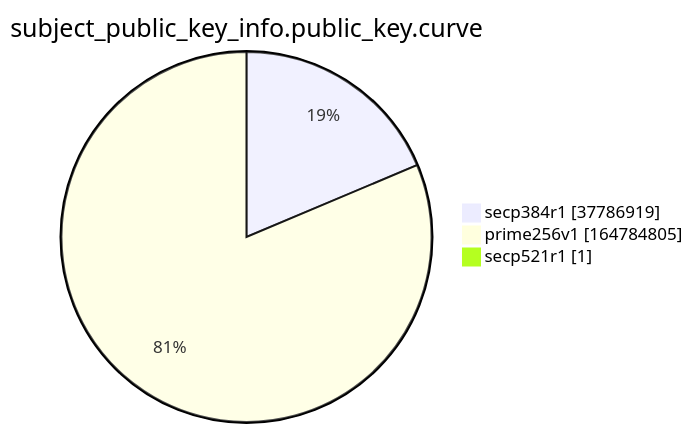
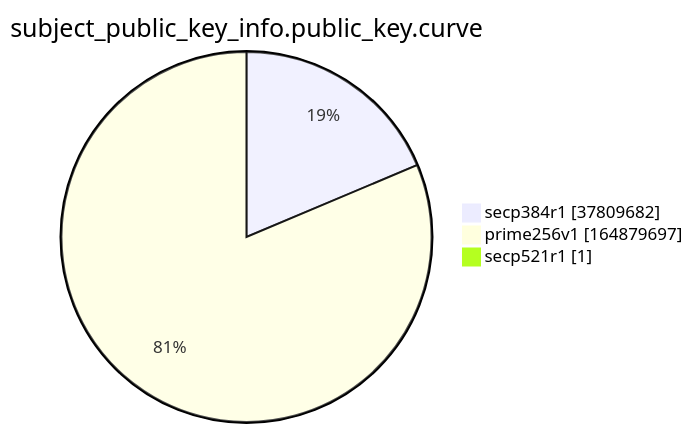
Before and after one commit to christiankrug/ctmonitor_visualization: the ninth of 15 diagrams in argon2022/README.md, drawn with Mermaid. The commit also changed other lines of this file, not shown here.

````diff
--- a/argon2022/README.md
+++ b/argon2022/README.md
@@ -2766,7 +2766,7 @@
 ```mermaid
 pie showData
 title subject_public_key_info.public_key.curve
-"secp384r1" :37786919
-"prime256v1" :164784805
+"secp384r1" :37809682
+"prime256v1" :164879697
 "secp521r1" :1
 ```
````
